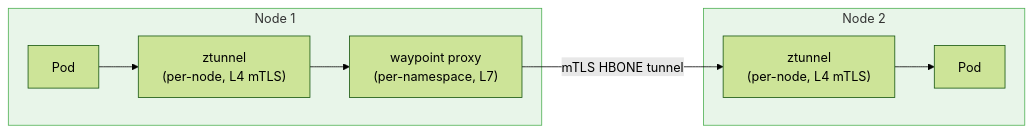
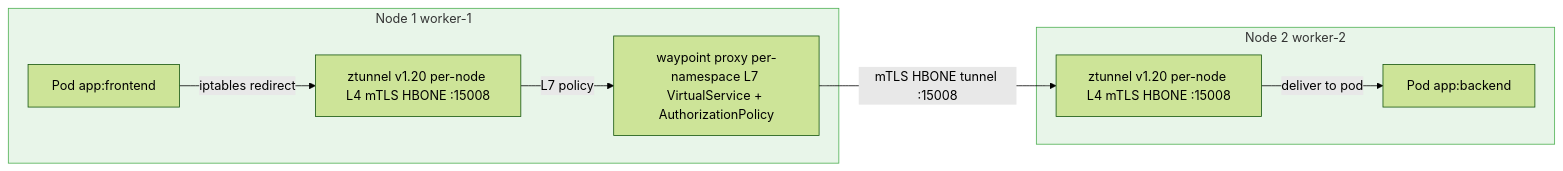
Before and after one commit to MykolaLebid/Kubernetes_networking_engineering: the second of 3 diagrams in lessons/21-service-mesh-istio.md, drawn with Mermaid (forest theme). The commit also changed other lines of this file and 35 other files, not shown here.

First line of the commit message:
Restructure all 34 lessons: Theory/Practice split, richer diagrams, industry examples, navigation

````diff
--- a/lessons/21-service-mesh-istio.md
+++ b/lessons/21-service-mesh-istio.md
@@ -62,18 +47,18 @@
 ```mermaid
 flowchart LR
-    subgraph Node1["Node 1"]
-        zt1["ztunnel\n(per-node, L4 mTLS)"]
-        wp["waypoint proxy\n(per-namespace, L7)"]
-        p1["Pod"]
-        p1 --> zt1
-        zt1 --> wp
+    subgraph Node1["Node 1 worker-1"]
+        zt1["ztunnel v1.20 per-node L4 mTLS HBONE :15008"]
+        wp["waypoint proxy per-namespace L7 VirtualService + AuthorizationPolicy"]
+        p1["Pod app:frontend"]
+        p1 --"iptables redirect"--> zt1
+        zt1 --"L7 policy"--> wp
     end
-    subgraph Node2["Node 2"]
-        zt2["ztunnel\n(per-node, L4 mTLS)"]
-        p2["Pod"]
-        zt2 --> p2
+    subgraph Node2["Node 2 worker-2"]
+        zt2["ztunnel v1.20 per-node L4 mTLS HBONE :15008"]
+        p2["Pod app:backend"]
+        zt2 --"deliver to pod"--> p2
     end
-    wp -- "mTLS HBONE tunnel" --> zt2
+    wp --"mTLS HBONE tunnel :15008"--> zt2
     style Node1 fill:#e8f5e9,stroke:#4CAF50
     style Node2 fill:#e8f5e9,stroke:#4CAF50
 ```
````
